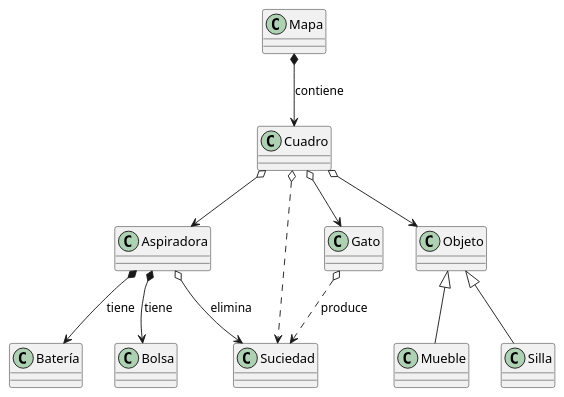
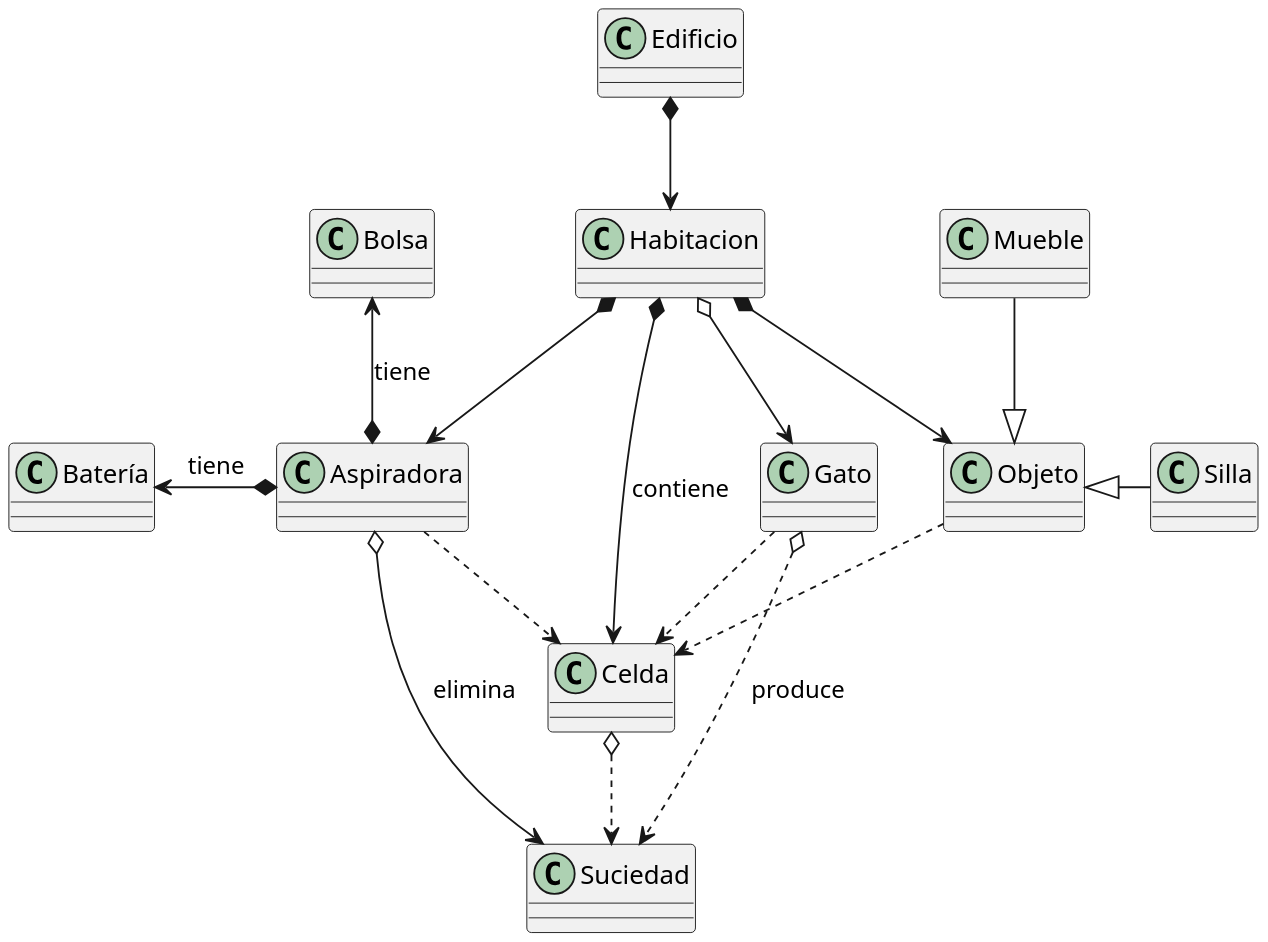
Before and after one commit to mmasias/idsw2: the diagram in docs/modeloDeDominio.plantuml, drawn with PlantUML.

Commit message:
modelo de dominio modificado

```diff
--- a/docs/modeloDeDominio.plantuml
+++ b/docs/modeloDeDominio.plantuml
@@ -1,29 +1,36 @@
 @startuml
-class Mapa
+scale 2
+class Edificio
+class Habitacion
 class Aspiradora
 class Suciedad
 class Batería
 class Gato
 class Bolsa
 class Objeto
-class Cuadro
+class Celda
 class Mueble
 class Silla
 
-Mapa *--> Cuadro : contiene
+Edificio *--> Habitacion
 
-Cuadro o--> Aspiradora 
-Cuadro o--> Gato 
-Cuadro o..> Suciedad
-Cuadro o--> Objeto
+Habitacion *--> Celda : contiene
+Habitacion *--> Aspiradora
+Habitacion o--> Gato
+Habitacion *--> Objeto
+
+Celda o..> Suciedad
 
 Aspiradora o--> Suciedad : elimina
-Aspiradora *--> Bolsa : tiene
-Aspiradora *--> Batería : tiene
+Aspiradora *-u-> Bolsa : tiene
+Aspiradora *-l-> Batería : tiene
+Aspiradora ..> Celda
 
 Gato o..> Suciedad : produce
+Gato ..> Celda
 
-Objeto <|-- Mueble
-Objeto <|-- Silla
+Objeto <|-u- Mueble
+Objeto <|-r- Silla
+Objeto ..> Celda
 
 @enduml
```
